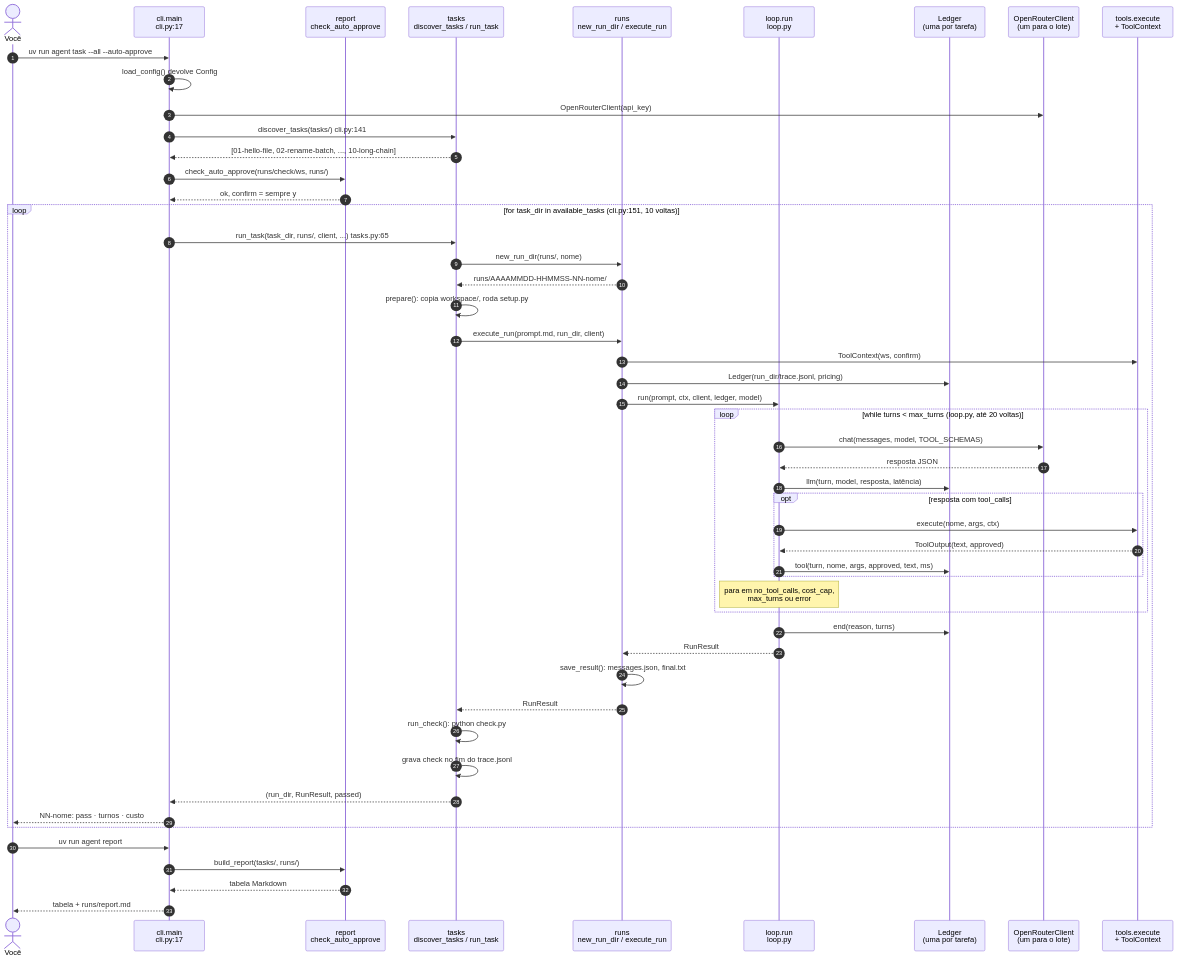
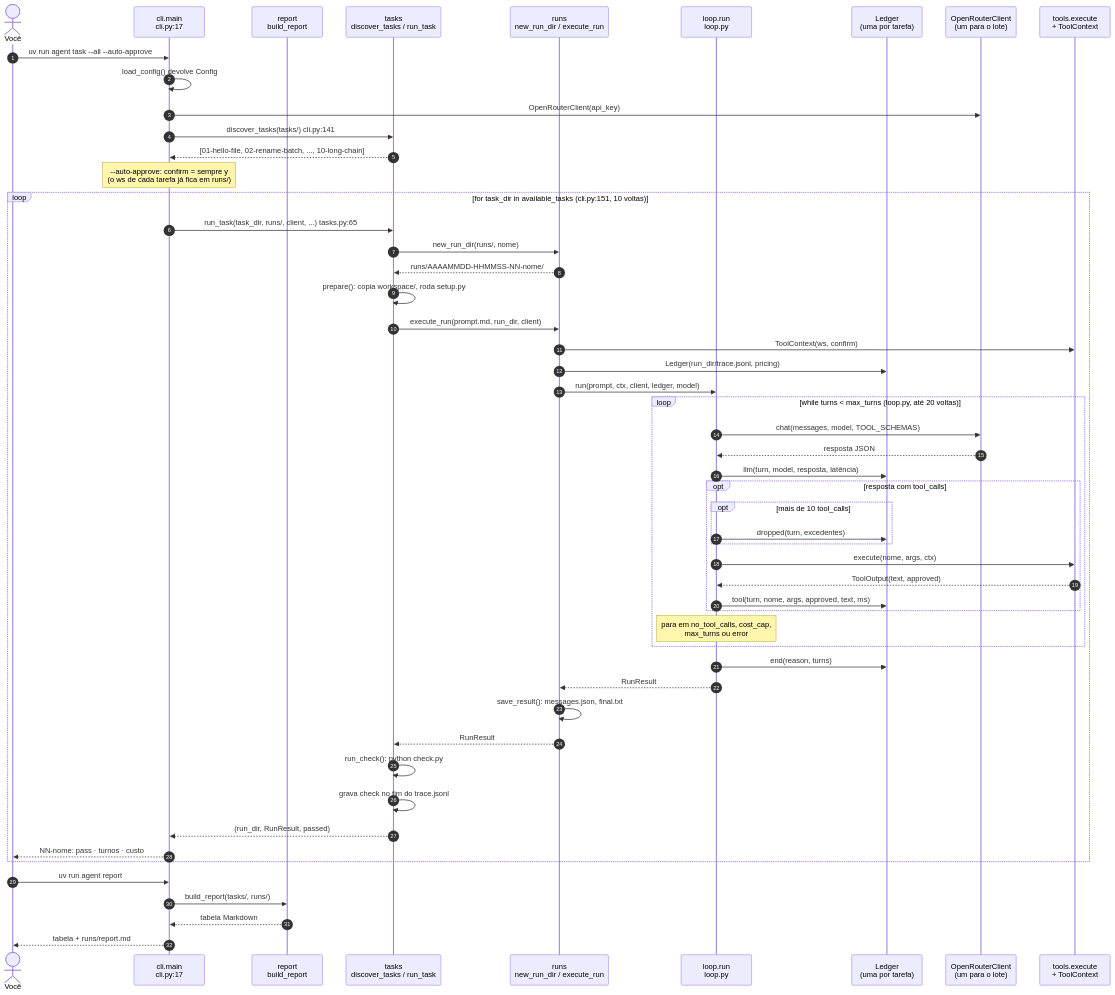
The second of 4 diagrams in docs/arquitetura/02-fluxo-de-execucao.md (CristianonCarvalho/harness-p1-agente-minimo), drawn with Mermaid before and after one commit. The commit also changed other lines of this file and 6 other files, not shown here.

````diff
--- a/docs/arquitetura/02-fluxo-de-execucao.md
+++ b/docs/arquitetura/02-fluxo-de-execucao.md
@@ -58,58 +58,60 @@
 ```mermaid
 sequenceDiagram
     autonumber
     actor Você
     participant CLI as cli.main<br/>cli.py:17
-    participant RP as report<br/>check_auto_approve
+    participant RP as report<br/>build_report
     participant TK as tasks<br/>discover_tasks / run_task
     participant RN as runs<br/>new_run_dir / execute_run
     participant LP as loop.run<br/>loop.py
     participant LG as Ledger<br/>(uma por tarefa)
     participant OC as OpenRouterClient<br/>(um para o lote)
     participant TL as tools.execute<br/>+ ToolContext
 
     Você->>CLI: uv run agent task --all --auto-approve
     CLI->>CLI: load_config() devolve Config
     CLI->>OC: OpenRouterClient(api_key)
     CLI->>TK: discover_tasks(tasks/)  cli.py:141
     TK-->>CLI: [01-hello-file, 02-rename-batch, ..., 10-long-chain]
-    CLI->>RP: check_auto_approve(runs/check/ws, runs/)
-    RP-->>CLI: ok, confirm = sempre y
+    Note over CLI: --auto-approve: confirm = sempre y<br/>(o ws de cada tarefa já fica em runs/)
 
     loop for task_dir in available_tasks  (cli.py:151, 10 voltas)
         CLI->>TK: run_task(task_dir, runs/, client, ...)  tasks.py:65
         TK->>RN: new_run_dir(runs/, nome)
         RN-->>TK: runs/AAAAMMDD-HHMMSS-NN-nome/
         TK->>TK: prepare(): copia workspace/, roda setup.py
         TK->>RN: execute_run(prompt.md, run_dir, client)
         RN->>TL: ToolContext(ws, confirm)
         RN->>LG: Ledger(run_dir/trace.jsonl, pricing)
         RN->>LP: run(prompt, ctx, client, ledger, model)
 
         loop while turns < max_turns  (loop.py, até 20 voltas)
             LP->>OC: chat(messages, model, TOOL_SCHEMAS)
             OC-->>LP: resposta JSON
             LP->>LG: llm(turn, model, resposta, latência)
             opt resposta com tool_calls
+                opt mais de 10 tool_calls
+                    LP->>LG: dropped(turn, excedentes)
+                end
                 LP->>TL: execute(nome, args, ctx)
                 TL-->>LP: ToolOutput(text, approved)
                 LP->>LG: tool(turn, nome, args, approved, text, ms)
             end
             Note over LP: para em no_tool_calls, cost_cap,<br/>max_turns ou error
         end
 
         LP->>LG: end(reason, turns)
         LP-->>RN: RunResult
         RN->>RN: save_result(): messages.json, final.txt
         RN-->>TK: RunResult
         TK->>TK: run_check(): python check.py
         TK->>TK: grava check no fim do trace.jsonl
         TK-->>CLI: (run_dir, RunResult, passed)
         CLI-->>Você: NN-nome: pass · turnos · custo
     end
 
     Você->>CLI: uv run agent report
     CLI->>RP: build_report(tasks/, runs/)
     RP-->>CLI: tabela Markdown
     CLI-->>Você: tabela + runs/report.md
 ```
````
